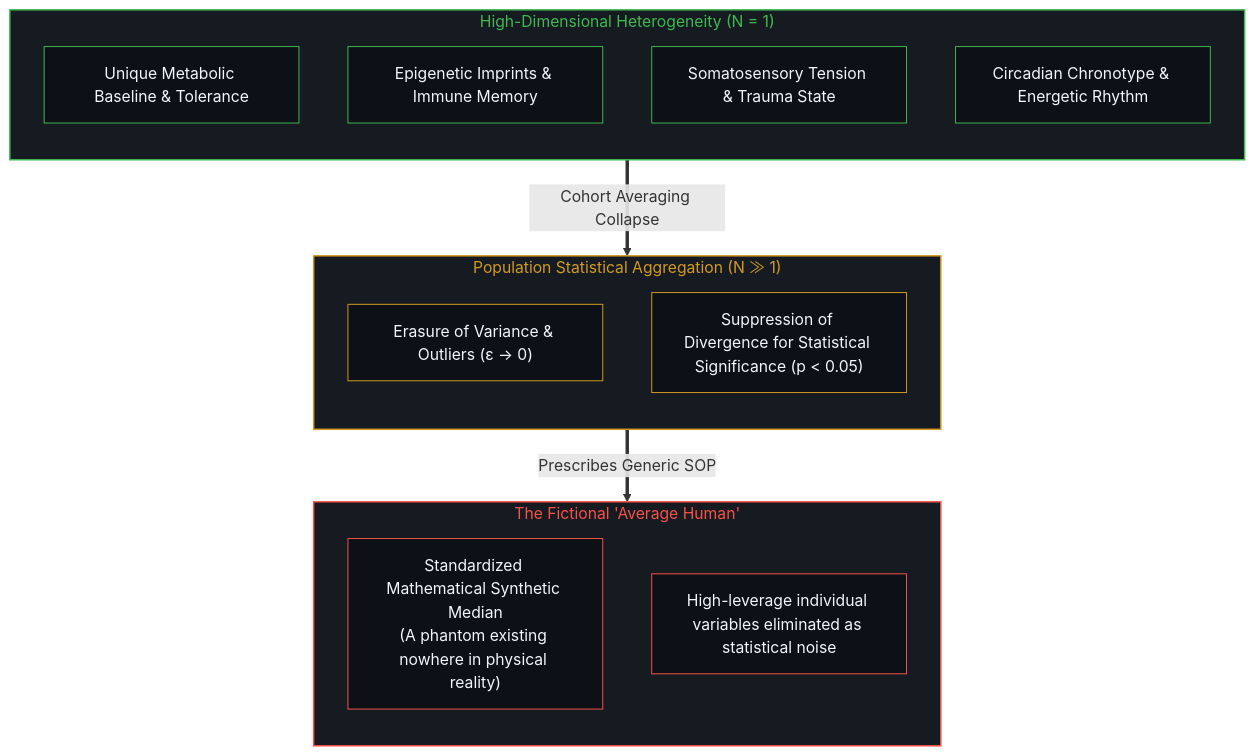
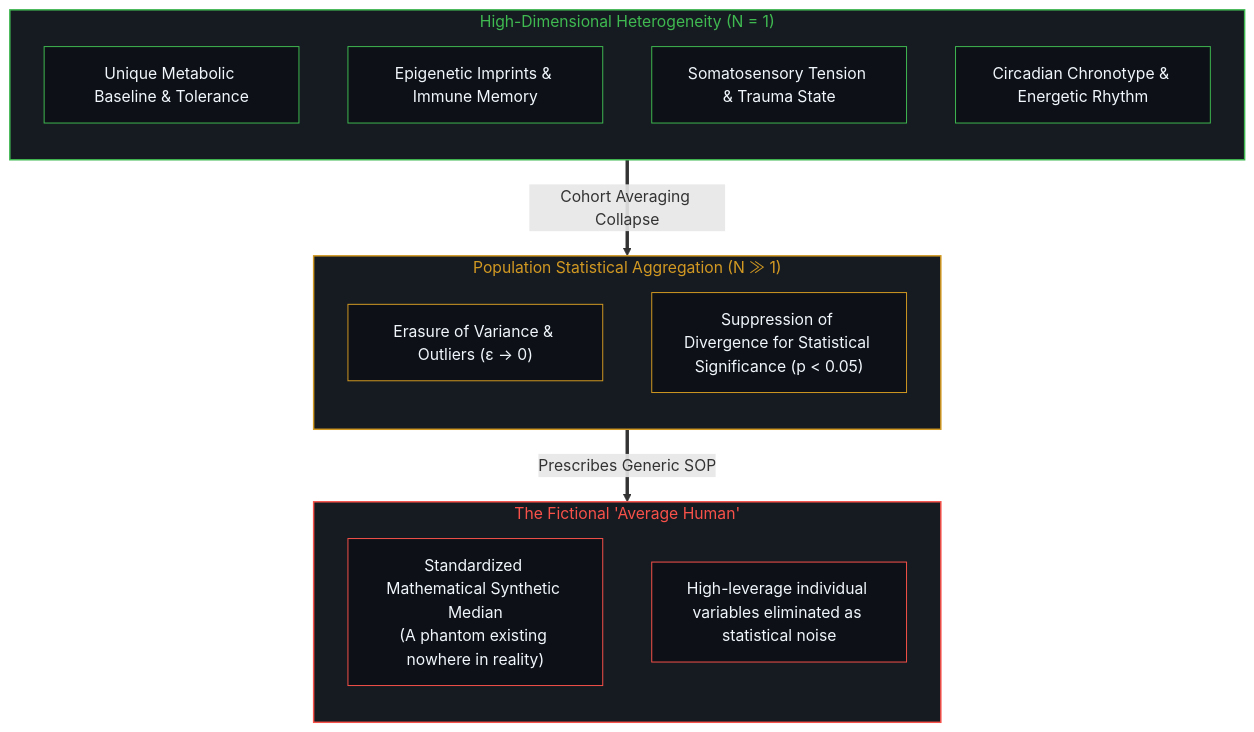
One commit to powerpig99/not-a-toe changed the fourth of 8 diagrams in content/posts/the-inversion-of-the-protocol-and-the-silencing-of-the-causal-loop.md. Above: the diagram before and after it, drawn with Mermaid. The commit also changed other lines of this file and 4 other files, not shown here.

````diff
--- a/content/posts/the-inversion-of-the-protocol-and-the-silencing-of-the-causal-loop.md
+++ b/content/posts/the-inversion-of-the-protocol-and-the-silencing-of-the-causal-loop.md
@@ -151,37 +151,37 @@
 ```mermaid
 graph TD
     subgraph S_Individual["High-Dimensional Heterogeneity (N = 1)"]
         direction TB
         I1["Unique Metabolic Baseline & Tolerance"]
         I2["Epigenetic Imprints & Immune Memory"]
         I3["Somatosensory Tension & Trauma State"]
         I4["Circadian Chronotype & Energetic Rhythm"]
     end
 
     subgraph S_Aggregation["Population Statistical Aggregation (N ≫ 1)"]
         direction TB
         AG1["Erasure of Variance & Outliers (ε → 0)"]
         AG2["Suppression of Divergence for Statistical Significance (p < 0.05)"]
     end
 
     subgraph S_Fictional["The Fictional 'Average Human'"]
         direction TB
-        F1["Standardized Mathematical Synthetic Median<br/>(A phantom existing nowhere in physical reality)"]
+        F1["Standardized Mathematical Synthetic Median<br/>(A phantom existing nowhere in reality)"]
         F2["High-leverage individual variables eliminated as statistical noise"]
     end
 
     S_Individual ==>|"Cohort Averaging Collapse"| S_Aggregation
     S_Aggregation ==>|"Prescribes Generic SOP"| S_Fictional
 
     style S_Individual fill:#161b22,stroke:#3fb950,stroke-width:1.5px,color:#3fb950
     style S_Aggregation fill:#161b22,stroke:#d29922,stroke-width:1.5px,color:#d29922
     style S_Fictional fill:#161b22,stroke:#f85149,stroke-width:1.5px,color:#f85149
     style I1 fill:#0d1117,stroke:#3fb950,stroke-width:1px,color:#f0f6fc
     style I2 fill:#0d1117,stroke:#3fb950,stroke-width:1px,color:#f0f6fc
     style I3 fill:#0d1117,stroke:#3fb950,stroke-width:1px,color:#f0f6fc
     style I4 fill:#0d1117,stroke:#3fb950,stroke-width:1px,color:#f0f6fc
     style AG1 fill:#0d1117,stroke:#d29922,stroke-width:1px,color:#f0f6fc
     style AG2 fill:#0d1117,stroke:#d29922,stroke-width:1px,color:#f0f6fc
     style F1 fill:#0d1117,stroke:#f85149,stroke-width:1px,color:#f0f6fc
     style F2 fill:#0d1117,stroke:#f85149,stroke-width:1px,color:#f0f6fc
 ```
````
